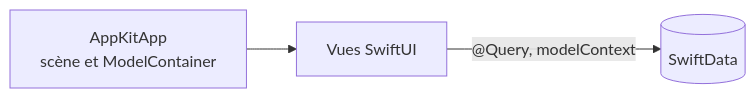
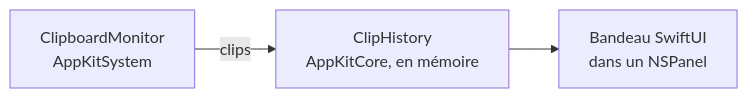
Before and after one commit to yanix2445/AppKit: the diagram in aidd_docs/memory/architecture.md, drawn with Mermaid. The commit also changed other lines of this file and 59 other files, not shown here.

````diff
--- a/aidd_docs/memory/architecture.md
+++ b/aidd_docs/memory/architecture.md
@@ -13,5 +13,5 @@
 ```mermaid
 flowchart LR
-  App["AppKitApp<br/>scène et ModelContainer"] --> Views["Vues SwiftUI"]
-  Views -->|"@Query, modelContext"| Store[("SwiftData")]
+  Monitor["ClipboardMonitor<br/>AppKitSystem"] -->|"clips"| History["ClipHistory<br/>AppKitCore, en mémoire"]
+  History --> Views["Bandeau SwiftUI<br/>dans un NSPanel"]
 ```
````
